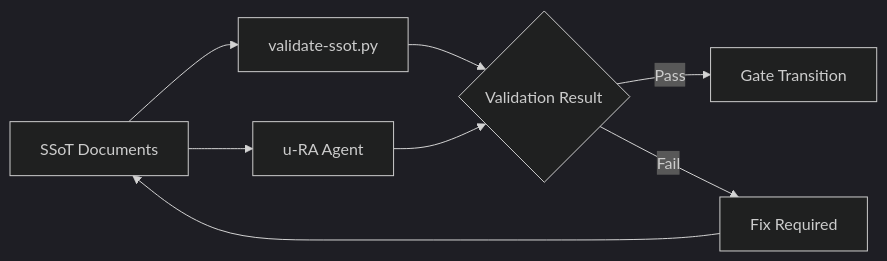
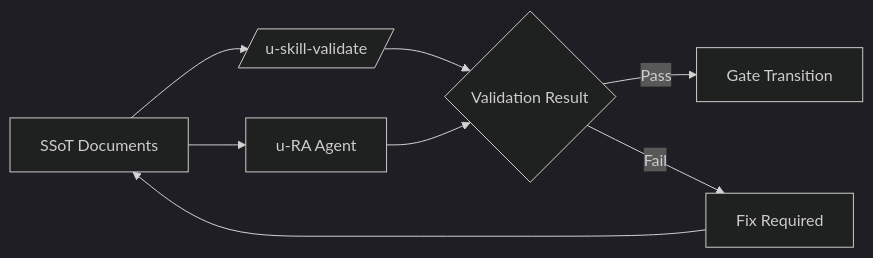
One commit to upleat-ax/u-maker-plugin changed the fourth of 4 diagrams in _refer/traceability-matrix.md. Above: the diagram before and after it, drawn with Mermaid (dark theme). The commit also changed other lines of this file and 58 other files, not shown here.

````diff
--- a/_refer/traceability-matrix.md
+++ b/_refer/traceability-matrix.md
@@ -224,10 +224,10 @@
 ```mermaid
 flowchart LR
-    DOC[SSoT Documents] --> SCRIPT[validate-ssot.py]
+    DOC[SSoT Documents] --> VALIDATE[/u-skill-validate/]
     DOC --> RA[u-RA Agent]
-    SCRIPT --> RESULT{Validation Result}
+    VALIDATE --> RESULT{Validation Result}
     RA --> RESULT
     RESULT -->|Pass| GATE[Gate Transition]
     RESULT -->|Fail| FIX[Fix Required]
     FIX --> DOC
 ```
````
